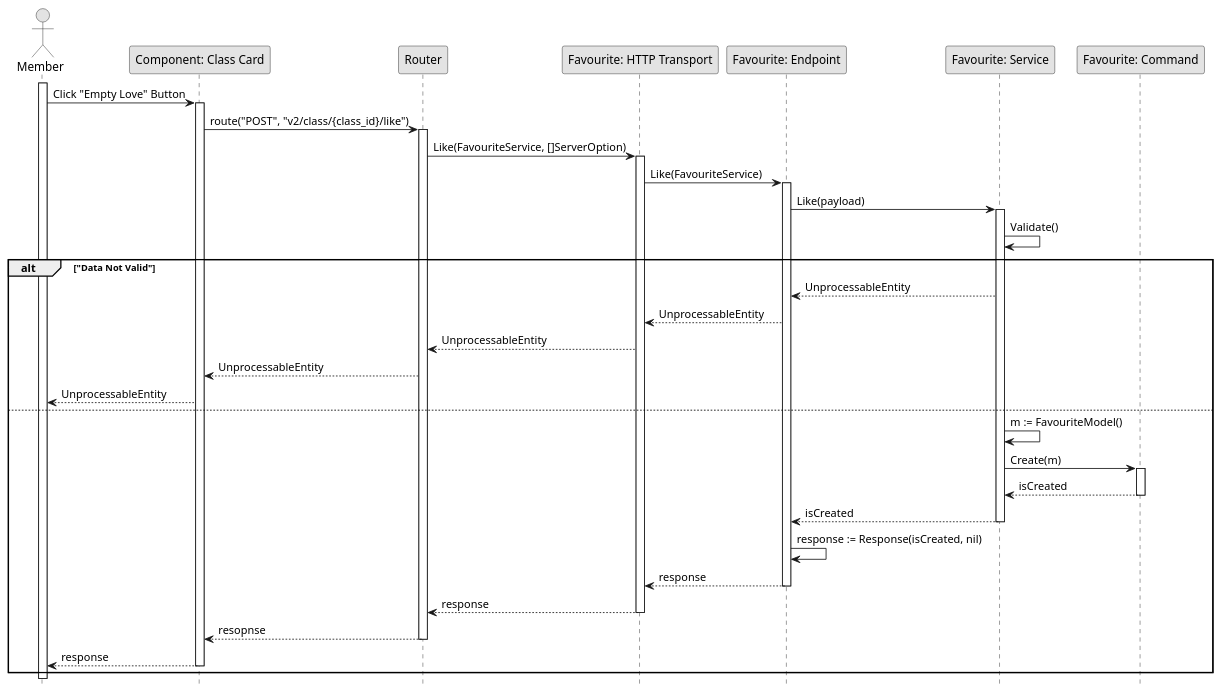
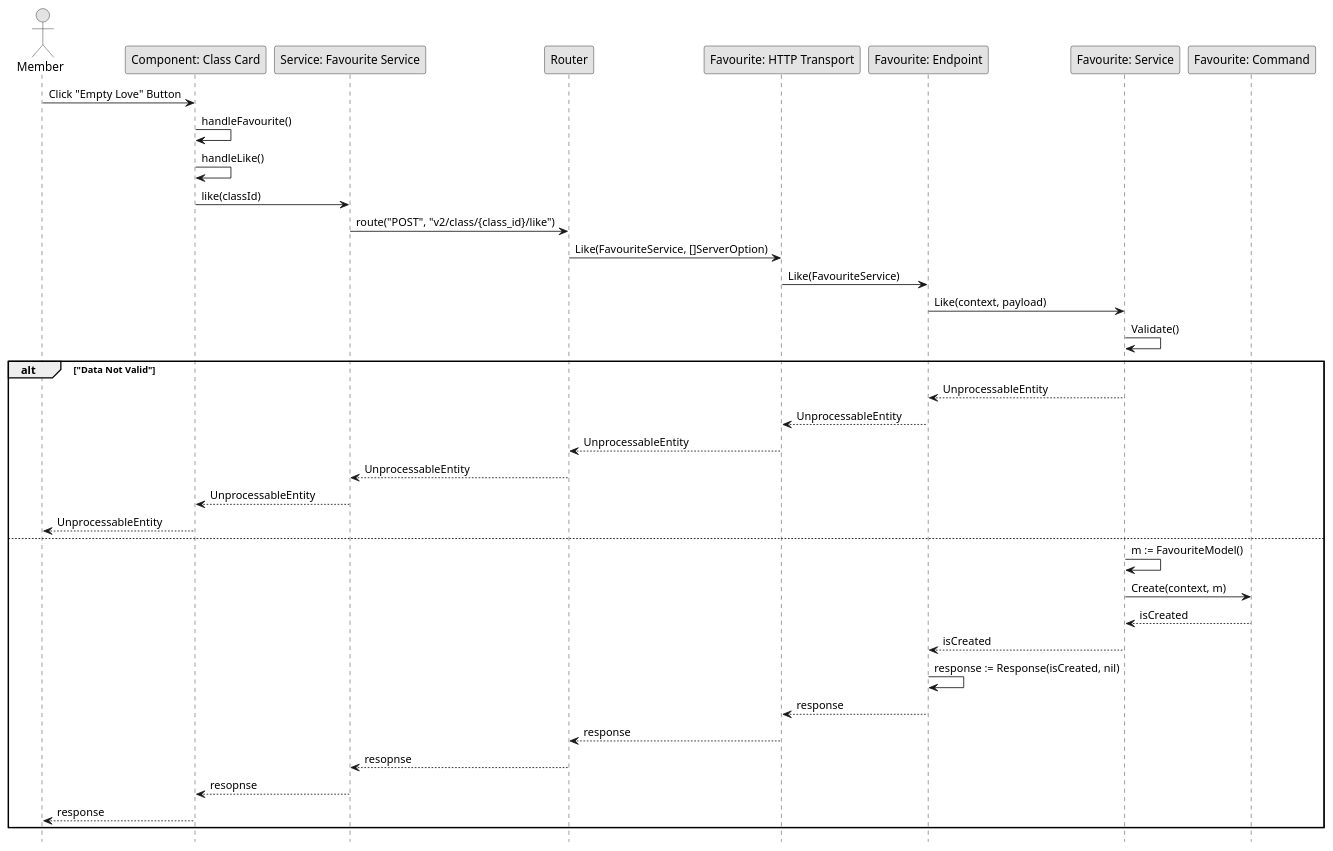
One commit to fwidjaya20/fazzlearning-uml changed the diagram in Sequence/Release04/Like.wsd. Above: the diagram before and after it, drawn with PlantUML. The commit also changed 32 other files, not shown here.

```diff
--- a/Sequence/Release04/Like.wsd
+++ b/Sequence/Release04/Like.wsd
@@ -1,55 +1,46 @@
 @startuml Like
 
 skinparam Monochrome true
 skinparam Shadowing false
 
 actor Member
 participant "Component: Class Card" as ClassCard
+participant "Service: Favourite Service" as FEFavouriteService
 participant "Router" as Router
 participant "Favourite: HTTP Transport" as FavouriteHTTPTransport
 participant "Favourite: Endpoint" as FavouriteEndpoint
 participant "Favourite: Service" as FavouriteService
 participant "Favourite: Command" as FavouriteCommand
 hide footbox
 
-activate Member
+Member->ClassCard: Click "Empty Love" Button
+ClassCard->ClassCard: handleFavourite()
+ClassCard->ClassCard: handleLike()
+ClassCard->FEFavouriteService: like(classId)
+FEFavouriteService->Router: route("POST", "v2/class/{class_id}/like")
+Router->FavouriteHTTPTransport: Like(FavouriteService, []ServerOption)
+FavouriteHTTPTransport->FavouriteEndpoint: Like(FavouriteService)
+FavouriteEndpoint->FavouriteService: Like(context, payload)
+FavouriteService->FavouriteService: Validate()
 
-Member->ClassCard: Click "Empty Love" Button
-activate ClassCard
-ClassCard->Router: route("POST", "v2/class/{class_id}/like")
-activate Router
-Router->FavouriteHTTPTransport: Like(FavouriteService, []ServerOption)
-activate FavouriteHTTPTransport
-FavouriteHTTPTransport->FavouriteEndpoint: Like(FavouriteService)
-activate FavouriteEndpoint
-FavouriteEndpoint->FavouriteService: Like(payload)
-activate FavouriteService
-FavouriteService->FavouriteService: Validate()
 alt "Data Not Valid"
     FavouriteService-->FavouriteEndpoint: UnprocessableEntity
     FavouriteEndpoint-->FavouriteHTTPTransport: UnprocessableEntity
     FavouriteHTTPTransport-->Router: UnprocessableEntity
-    Router-->ClassCard: UnprocessableEntity
+    Router-->FEFavouriteService: UnprocessableEntity
+    FEFavouriteService-->ClassCard: UnprocessableEntity
     ClassCard-->Member: UnprocessableEntity
 else
     FavouriteService->FavouriteService: m := FavouriteModel()
-    FavouriteService->FavouriteCommand: Create(m)
-    activate FavouriteCommand
+    FavouriteService->FavouriteCommand: Create(context, m)
     FavouriteCommand-->FavouriteService: isCreated
-    deactivate FavouriteCommand
     FavouriteService-->FavouriteEndpoint: isCreated
-    deactivate FavouriteService
     FavouriteEndpoint->FavouriteEndpoint: response := Response(isCreated, nil)
     FavouriteEndpoint-->FavouriteHTTPTransport: response
-    deactivate FavouriteEndpoint
     FavouriteHTTPTransport-->Router: response
-    deactivate FavouriteHTTPTransport
-    Router-->ClassCard: resopnse
-    deactivate Router
+    Router-->FEFavouriteService: resopnse
+    FEFavouriteService-->ClassCard: resopnse
     ClassCard-->Member: response
-    deactivate ClassCard
 end
 
-deactivate Member
-
 @enduml
```
